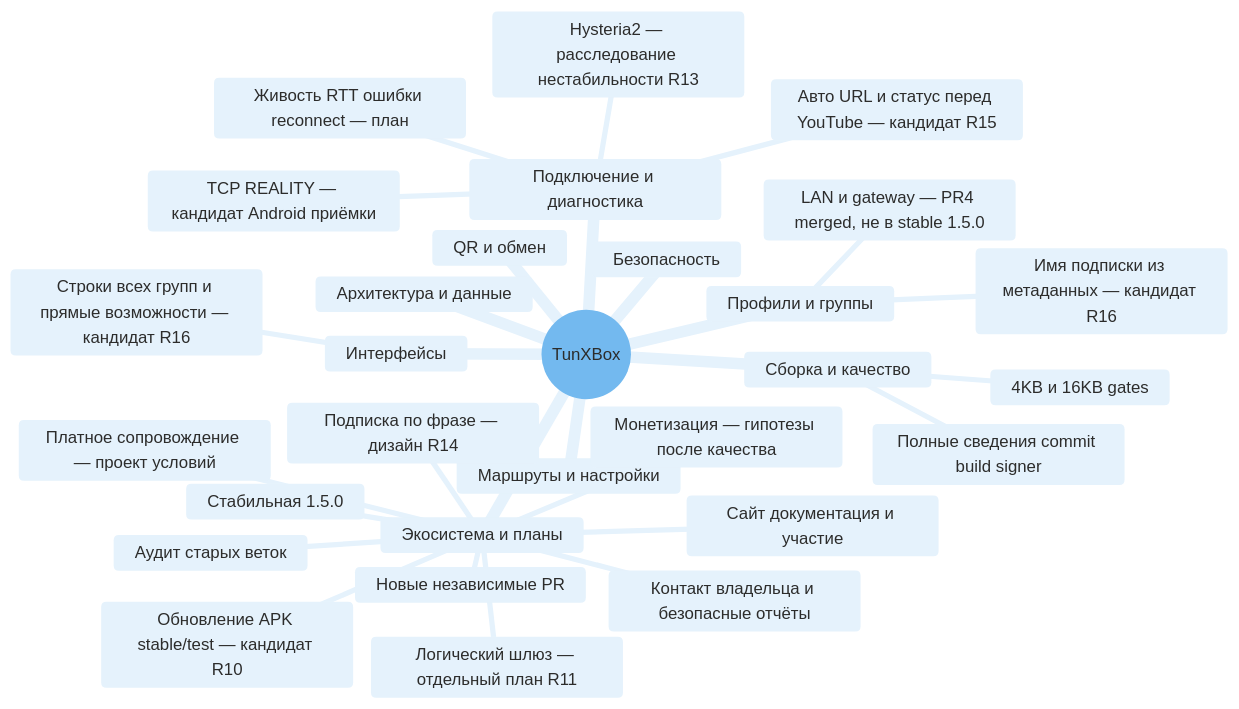
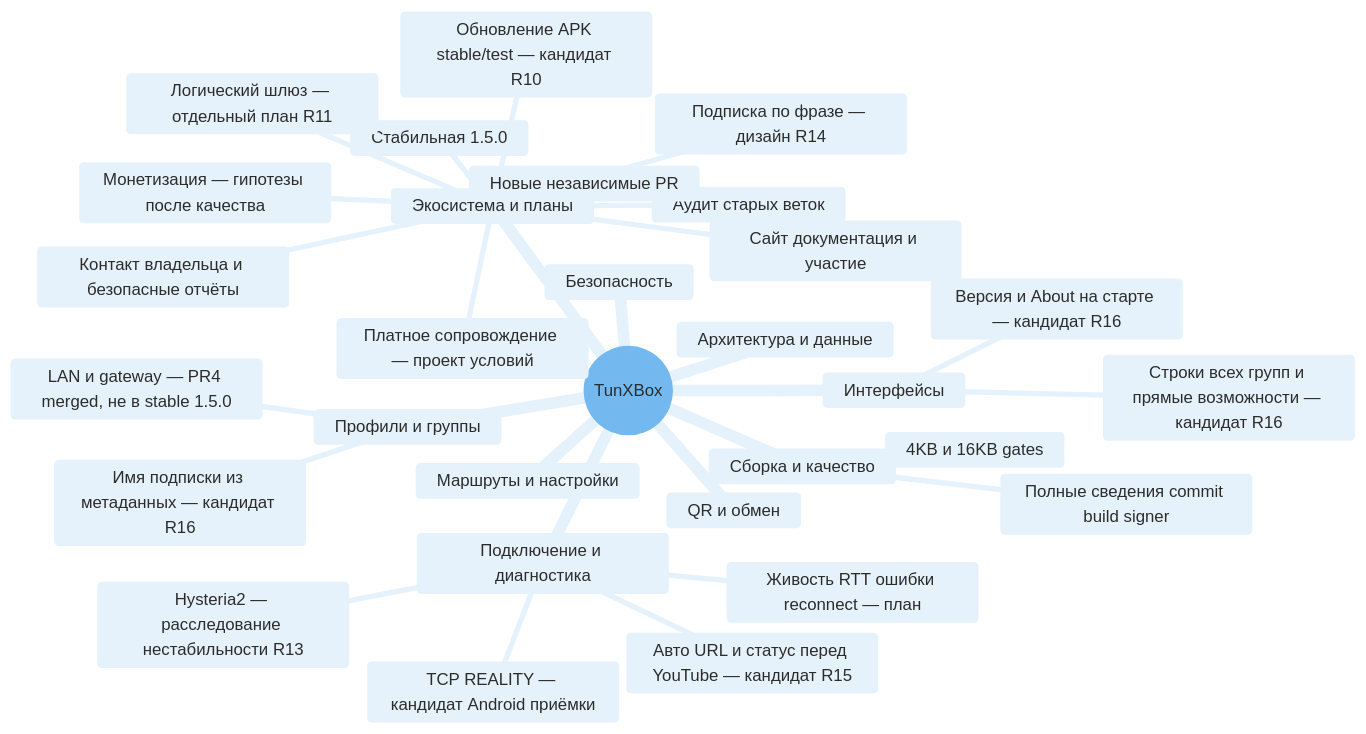
One commit to LeonidYasin/TunXBox changed the diagram in docs/project-map.md. Above: the diagram before and after it, drawn with Mermaid. The commit also changed 13 other files, not shown here.

````diff
--- a/docs/project-map.md
+++ b/docs/project-map.md
@@ -9,33 +9,34 @@
 ```mermaid
 %%{init: {"theme": "base", "themeVariables": {"primaryColor": "#E5F2FC", "primaryTextColor": "#2C2C2B", "primaryBorderColor": "#2783DE", "lineColor": "#7D7A75", "secondaryColor": "#E8F1EC", "tertiaryColor": "#F9F8F7", "fontFamily": "Arial", "cScale0": "#E5F2FC", "cScaleLabel0": "#2C2C2B", "cScale1": "#E5F2FC", "cScaleLabel1": "#2C2C2B", "cScale2": "#E5F2FC", "cScaleLabel2": "#2C2C2B", "cScale3": "#E5F2FC", "cScaleLabel3": "#2C2C2B", "cScale4": "#E5F2FC", "cScaleLabel4": "#2C2C2B", "cScale5": "#E5F2FC", "cScaleLabel5": "#2C2C2B", "cScale6": "#E5F2FC", "cScaleLabel6": "#2C2C2B", "cScale7": "#E5F2FC", "cScaleLabel7": "#2C2C2B", "cScale8": "#E5F2FC", "cScaleLabel8": "#2C2C2B", "cScale9": "#E5F2FC", "cScaleLabel9": "#2C2C2B", "cScale10": "#E5F2FC", "cScaleLabel10": "#2C2C2B", "cScale11": "#E5F2FC", "cScaleLabel11": "#2C2C2B"}}}%%
 mindmap
   root((TunXBox))
     Интерфейсы
       Строки всех групп и прямые возможности — кандидат R16
+      Версия и About на старте — кандидат R16
     Профили и группы
       Имя подписки из метаданных — кандидат R16
       LAN и gateway — PR4 merged, не в stable 1.5.0
     Подключение и диагностика
       TCP REALITY — кандидат Android приёмки
       Hysteria2 — расследование нестабильности R13
       Авто URL и статус перед YouTube — кандидат R15
       Живость RTT ошибки reconnect — план
     Маршруты и настройки
     QR и обмен
     Архитектура и данные
     Сборка и качество
       Полные сведения commit build signer
       4KB и 16KB gates
     Безопасность
     Экосистема и планы
       Стабильная 1.5.0
       Аудит старых веток
       Новые независимые PR
       Обновление APK stable/test — кандидат R10
       Сайт документация и участие
       Контакт владельца и безопасные отчёты
       Платное сопровождение — проект условий
       Монетизация — гипотезы после качества
       Логический шлюз — отдельный план R11
       Подписка по фразе — дизайн R14
 ```
````
